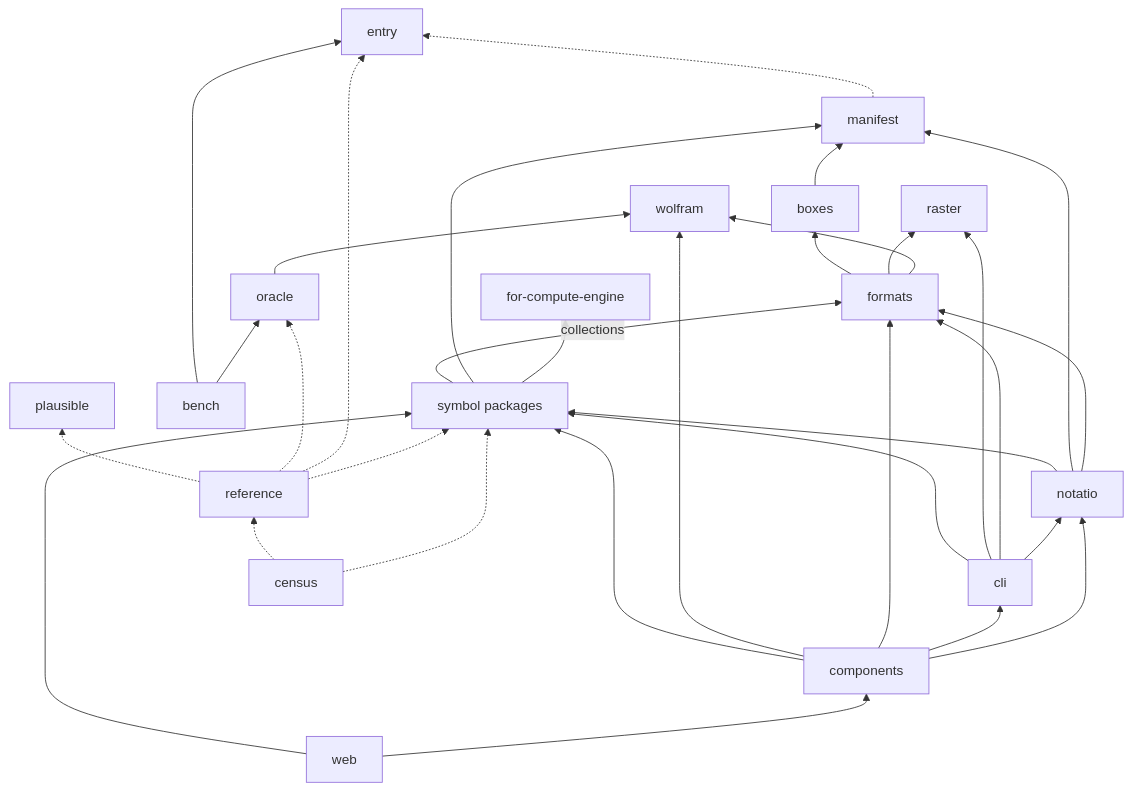
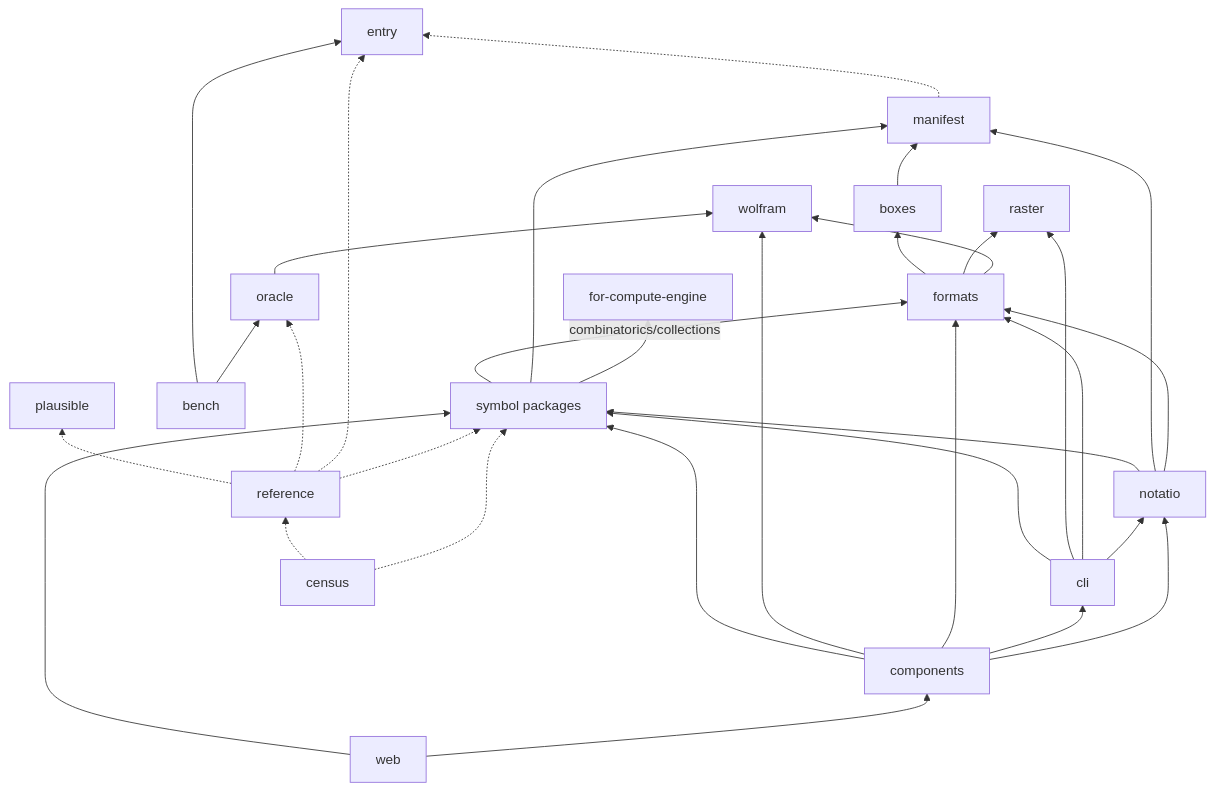
One commit to enumeratio/enumeratio changed the second of 2 diagrams in design/packages.md. Above: the diagram before and after it, drawn with Mermaid. The commit also changed other lines of this file and 2535 other files, not shown here.

Commit message:
combinatorics: merge collections+domains; regenerate reference collectors

````diff
--- a/design/packages.md
+++ b/design/packages.md
@@ -49,16 +51,16 @@
 ```mermaid
 flowchart BT
   sym[symbol packages] --> fce[for-compute-engine] & manifest
-  sym -- collections --> formats
+  sym -- combinatorics/collections --> formats
   formats --> wolfram & raster & boxes
   boxes --> manifest
   manifest -.-> entry
   oracle --> wolfram
   bench --> oracle & entry
   notatio --> formats & manifest & sym
   cli --> notatio & formats & raster & sym
   components --> notatio & cli & formats & wolfram & sym
   web --> components & sym
   reference -.-> sym & entry & oracle & plausible
   census -.-> sym & reference
 ```
````
